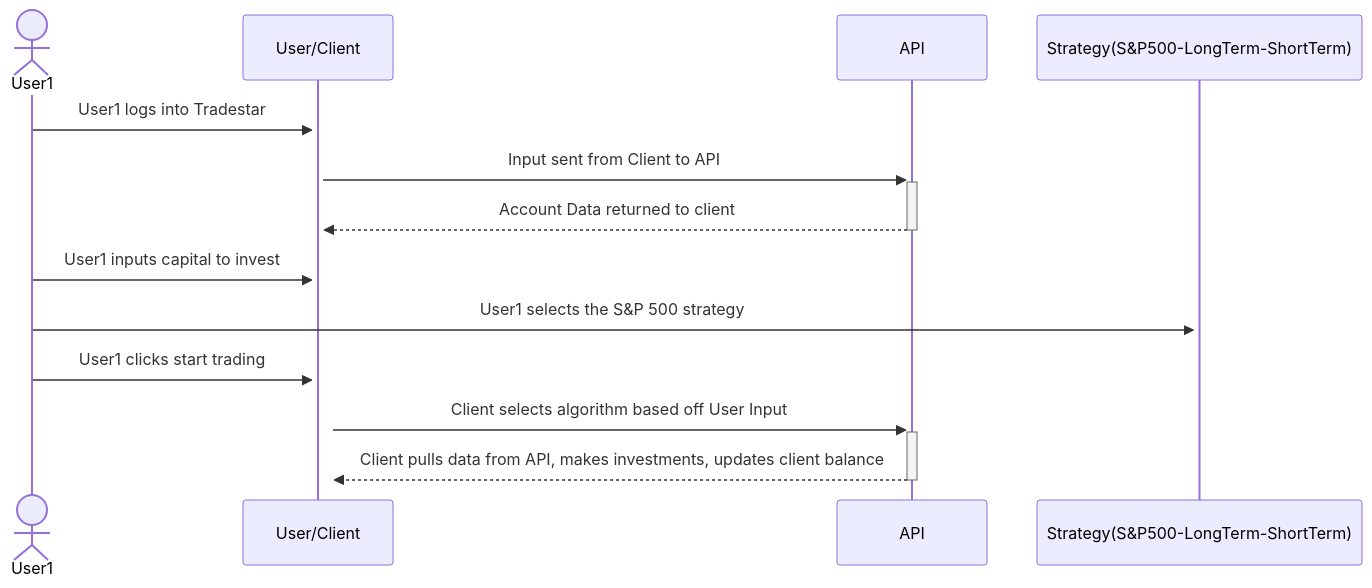
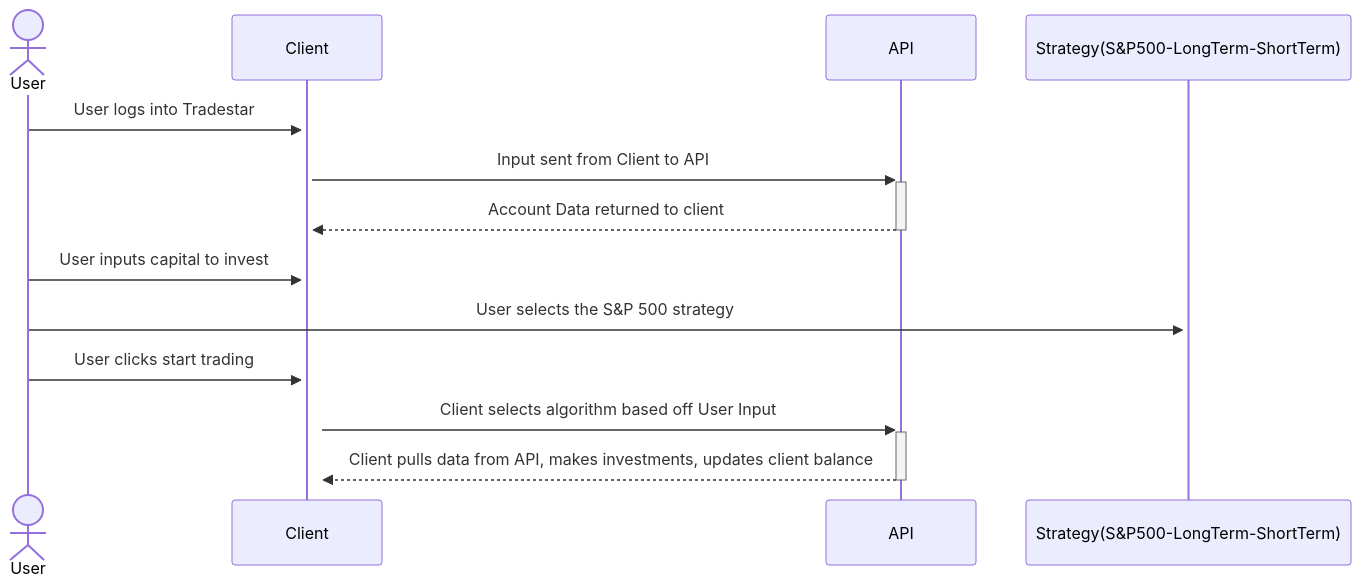
One commit to Capstone-Projects-2023-Spring/project-algorithmic-trading changed the seventh of 9 diagrams in documentation/docs/system-architecture/design.md. Above: the diagram before and after it, drawn with Mermaid. The commit also changed other lines of this file, not shown here.

Commit message:
Change first sequence diagram. Change order of database ER diagram.

````diff
--- a/documentation/docs/system-architecture/design.md
+++ b/documentation/docs/system-architecture/design.md
@@ -280,16 +363,16 @@
 ```mermaid
 sequenceDiagram
-    actor User1
-    participant User/Client
+    actor User
+    participant Client
     participant API
     participant Strategy(S&P500-LongTerm-ShortTerm)
-    User1 ->>+ User/Client: User1 logs into Tradestar
-    User/Client ->>+ API: Input sent from Client to API
-    API -->>- User/Client: Account Data returned to client
-    User1 ->>+ User/Client: User1 inputs capital to invest
-    User1 ->>+ Strategy(S&P500-LongTerm-ShortTerm): User1 selects the S&P 500 strategy
-    User1 ->>+ User/Client: User1 clicks start trading
-    User/Client ->>+ API: Client selects algorithm based off User Input
-    API -->>- User/Client: Client pulls data from API, makes investments, updates client balance
+    User ->>+ Client: User logs into Tradestar
+    Client ->>+ API: Input sent from Client to API
+    API -->>- Client: Account Data returned to client
+    User ->>+ Client: User inputs capital to invest
+    User ->>+ Strategy(S&P500-LongTerm-ShortTerm): User selects the S&P 500 strategy
+    User ->>+ Client: User clicks start trading
+    Client ->>+ API: Client selects algorithm based off User Input
+    API -->>- Client: Client pulls data from API, makes investments, updates client balance
 
 ```
````
